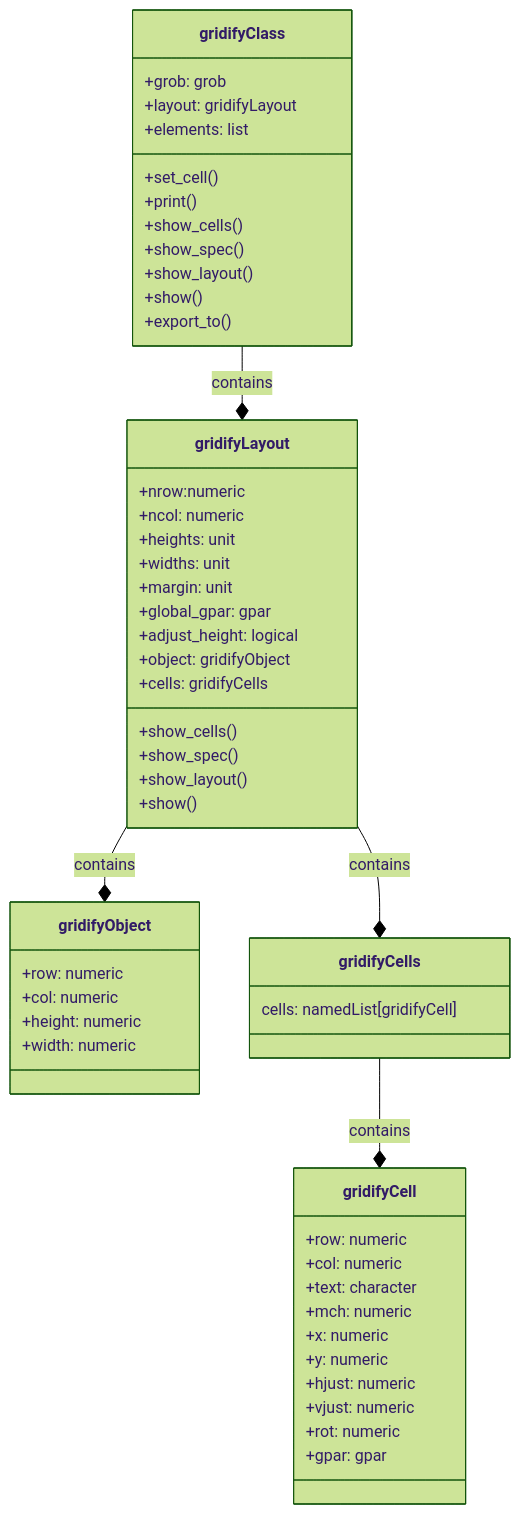
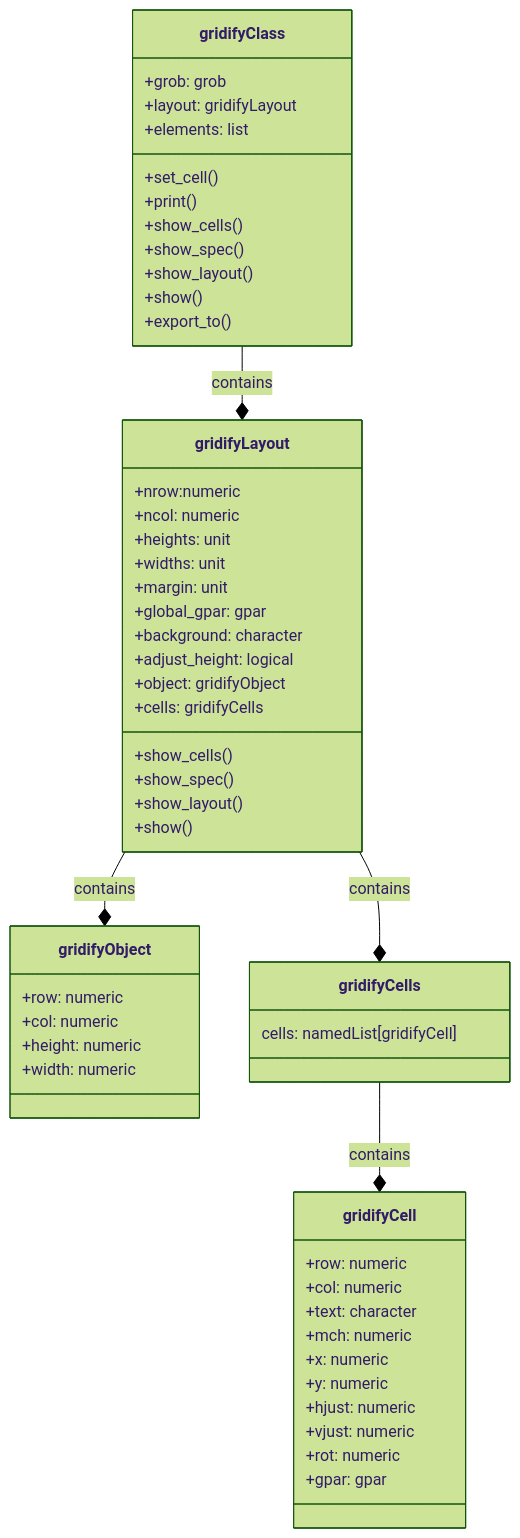
Before and after one commit to pharmaverse/gridify: the diagram in inst/UML/UML_graph.md, drawn with Mermaid (forest theme). The commit also changed 23 other files, not shown here.

````diff
--- a/inst/UML/UML_graph.md
+++ b/inst/UML/UML_graph.md
@@ -39,57 +39,58 @@
 ``` mermaid
 classDiagram
     class gridifyClass {
         +grob: grob
         +layout: gridifyLayout
         +elements: list
         +set_cell()
         +print()
         +show_cells()
         +show_spec()
         +show_layout()
         +show()
         +export_to()
     }
     class gridifyLayout {
         +nrow:numeric
         +ncol: numeric
         +heights: unit
         +widths: unit
         +margin: unit
         +global_gpar: gpar
+        +background: character
         +adjust_height: logical
         +object: gridifyObject
         +cells: gridifyCells
         +show_cells()
         +show_spec()
         +show_layout()
         +show()
     }
     
     class gridifyObject {
         +row: numeric
         +col: numeric
         +height: numeric
         +width: numeric
     }
     class gridifyCells {
         cells: namedList[gridifyCell]
     }
     class gridifyCell {
         +row: numeric
         +col: numeric
         +text: character
         +mch: numeric
         +x: numeric
         +y: numeric
         +hjust: numeric
         +vjust: numeric
         +rot: numeric
         +gpar: gpar
     }
     
     gridifyClass --* gridifyLayout: contains
     gridifyLayout --* gridifyCells: contains
     gridifyLayout --* gridifyObject: contains
     gridifyCells --* gridifyCell: contains
 ```
````
